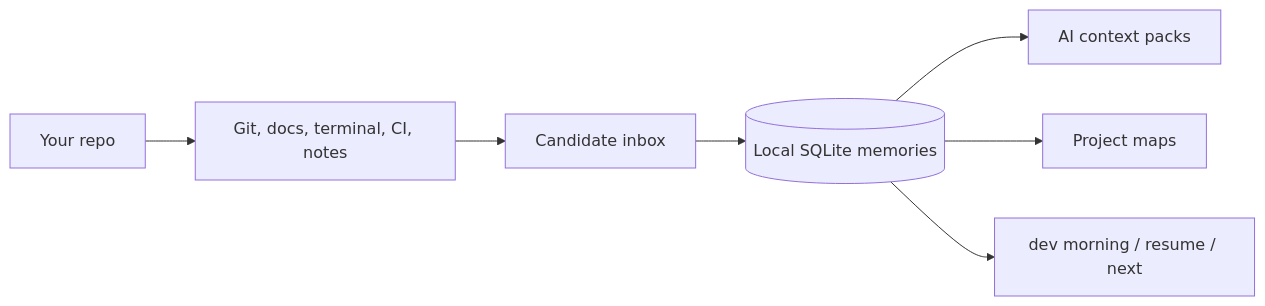
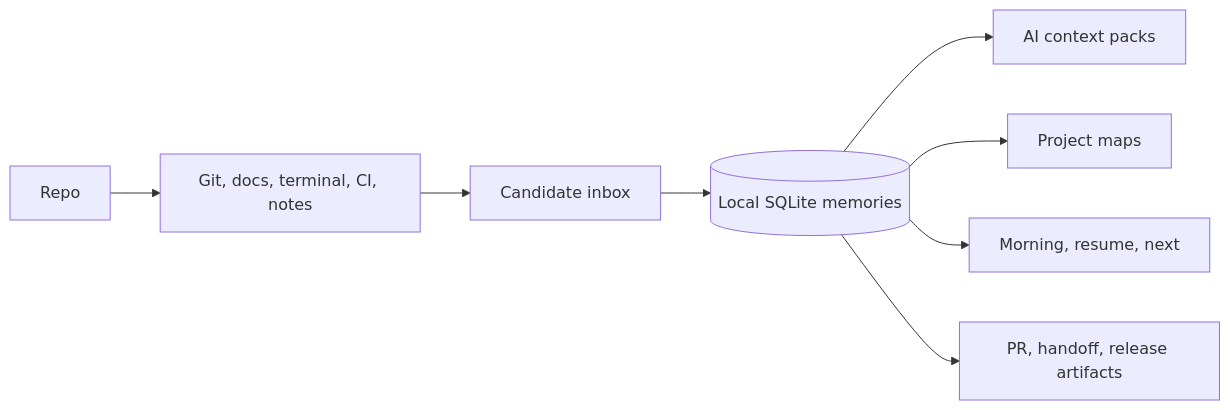
One commit to KirtiRamchandani/memory.cpp changed the diagram in README.md. Above: the diagram before and after it, drawn with Mermaid. The commit also changed other lines of this file and 24 other files, not shown here.

````diff
--- a/README.md
+++ b/README.md
@@ -115,9 +163,10 @@
 ```mermaid
 flowchart LR
-  Repo[Your repo] --> Signals[Git, docs, terminal, CI, notes]
+  Repo[Repo] --> Signals[Git, docs, terminal, CI, notes]
   Signals --> Inbox[Candidate inbox]
   Inbox --> Memories[(Local SQLite memories)]
   Memories --> Context[AI context packs]
   Memories --> Maps[Project maps]
-  Memories --> Dev[dev morning / resume / next]
+  Memories --> Daily[Morning, resume, next]
+  Memories --> Share[PR, handoff, release artifacts]
 ```
````
